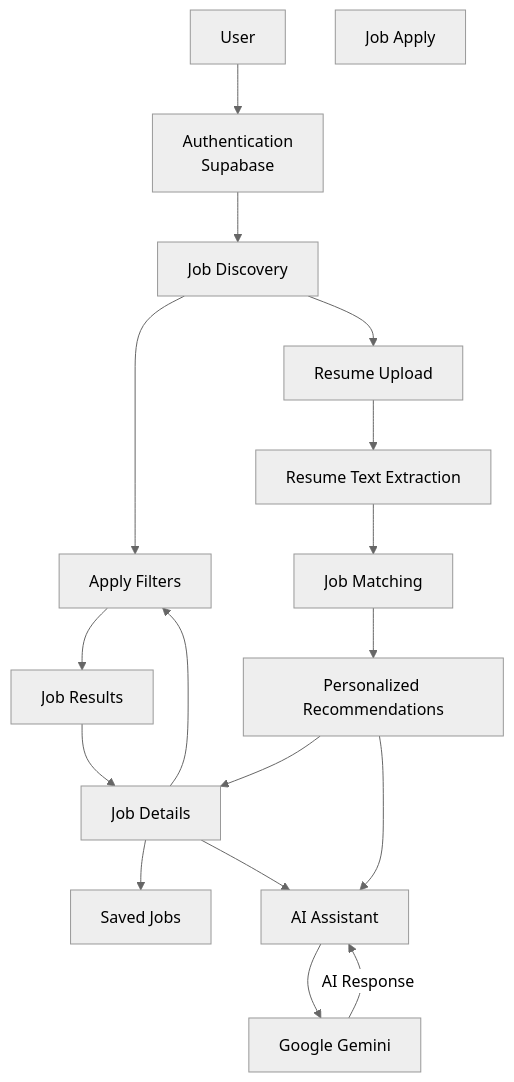
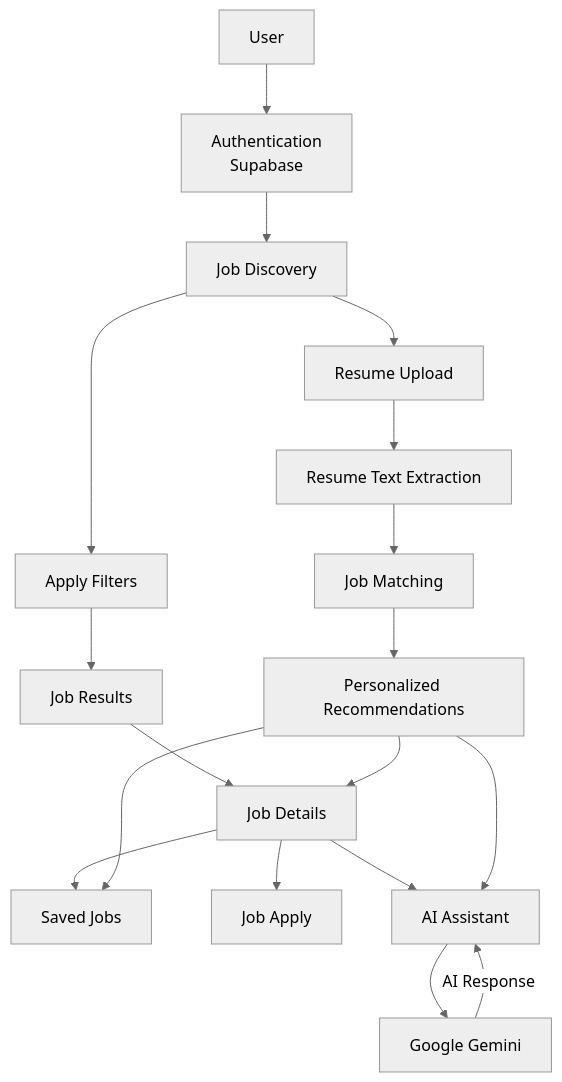
The first of 2 diagrams in README.md (DarshanMathpal/JobWiseAI), drawn with Mermaid (neutral theme) before and after one commit.

Commit message:
Update mappings in README for clarity

````diff
--- a/README.md
+++ b/README.md
@@ -50,39 +50,40 @@
 ```mermaid
 flowchart TD
     U[User]
     A[Authentication<br/>Supabase]
     D[Job Discovery]
     R[Job Results]
     J[Job Details]
     AP[Apply Filters]
 
     RS[Resume Upload]
     EX[Resume Text Extraction]
     M[Job Matching]
     REC[Personalized Recommendations]
 
     S[Saved Jobs]
     JA[Job Apply]
     AI[AI Assistant]
     G[Google Gemini]
 
     U --> A
     A --> D
     D --> AP
     AP --> R
     R --> J
     D --> RS
 
     RS --> EX
     EX --> M
     M --> REC
 
     J --> S
     J --> AI
-    J --> AP
+    J --> JA
+    REC --> S
     REC --> J
     REC --> AI
 
     AI --> G
     G -->|AI Response| AI
 ```
````
